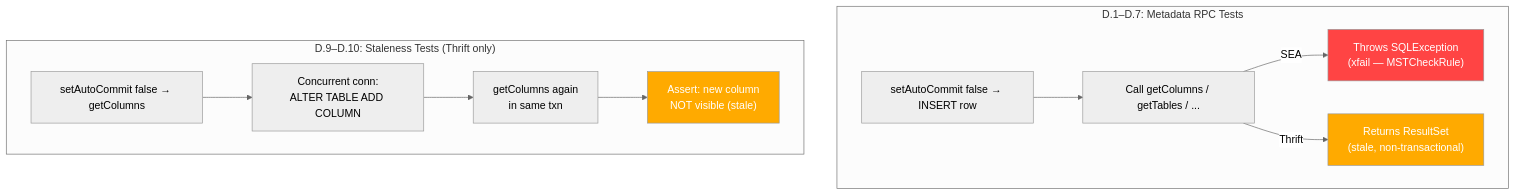
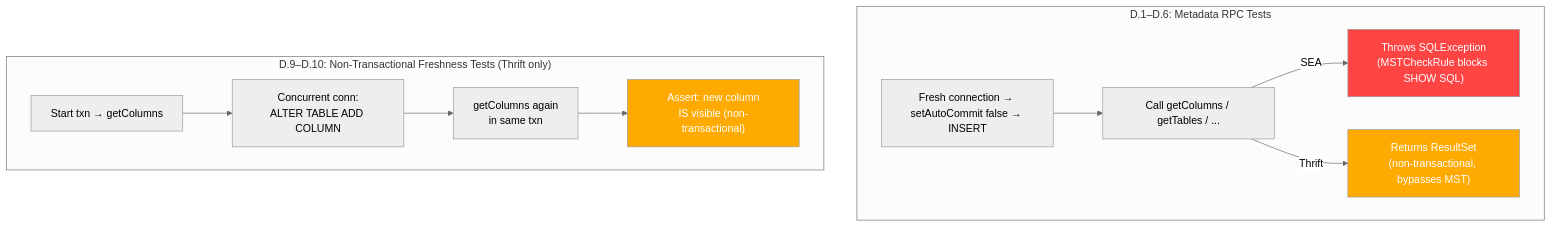
Before and after one commit to databricks/databricks-jdbc: the eighth of 10 diagrams in docs/mst-test-design.md, drawn with Mermaid (neutral theme). The commit also changed other lines of this file, not shown here.

First line of the commit message:
Update MST test design doc with E2E findings

````diff
--- a/docs/mst-test-design.md
+++ b/docs/mst-test-design.md
@@ -362,19 +426,19 @@
 ```mermaid
 flowchart TD
-    subgraph "D.1–D.7: Metadata RPC Tests"
-        START["setAutoCommit false → INSERT row"]
+    subgraph "D.1–D.6: Metadata RPC Tests"
+        START["Fresh connection → setAutoCommit false → INSERT"]
         START --> CALL["Call getColumns / getTables / ..."]
-        CALL -->|SEA| THROWS["Throws SQLException<br/>(xfail — MSTCheckRule)"]
-        CALL -->|Thrift| RETURNS["Returns ResultSet<br/>(stale, non-transactional)"]
+        CALL -->|SEA| THROWS["Throws SQLException<br/>(MSTCheckRule blocks SHOW SQL)"]
+        CALL -->|Thrift| RETURNS["Returns ResultSet<br/>(non-transactional, bypasses MST)"]
     end
 
-    subgraph "D.9–D.10: Staleness Tests (Thrift only)"
-        S1["setAutoCommit false → getColumns"] --> S2["Concurrent conn:<br/>ALTER TABLE ADD COLUMN"]
+    subgraph "D.9–D.10: Non-Transactional Freshness Tests (Thrift only)"
+        S1["Start txn → getColumns"] --> S2["Concurrent conn:<br/>ALTER TABLE ADD COLUMN"]
         S2 --> S3["getColumns again<br/>in same txn"]
-        S3 --> S4["Assert: new column<br/>NOT visible (stale)"]
+        S3 --> S4["Assert: new column<br/>IS visible (non-transactional)"]
     end
 
     style THROWS fill:#f44,color:#fff
     style RETURNS fill:#fa0,color:#fff
     style S4 fill:#fa0,color:#fff
 ```
````
